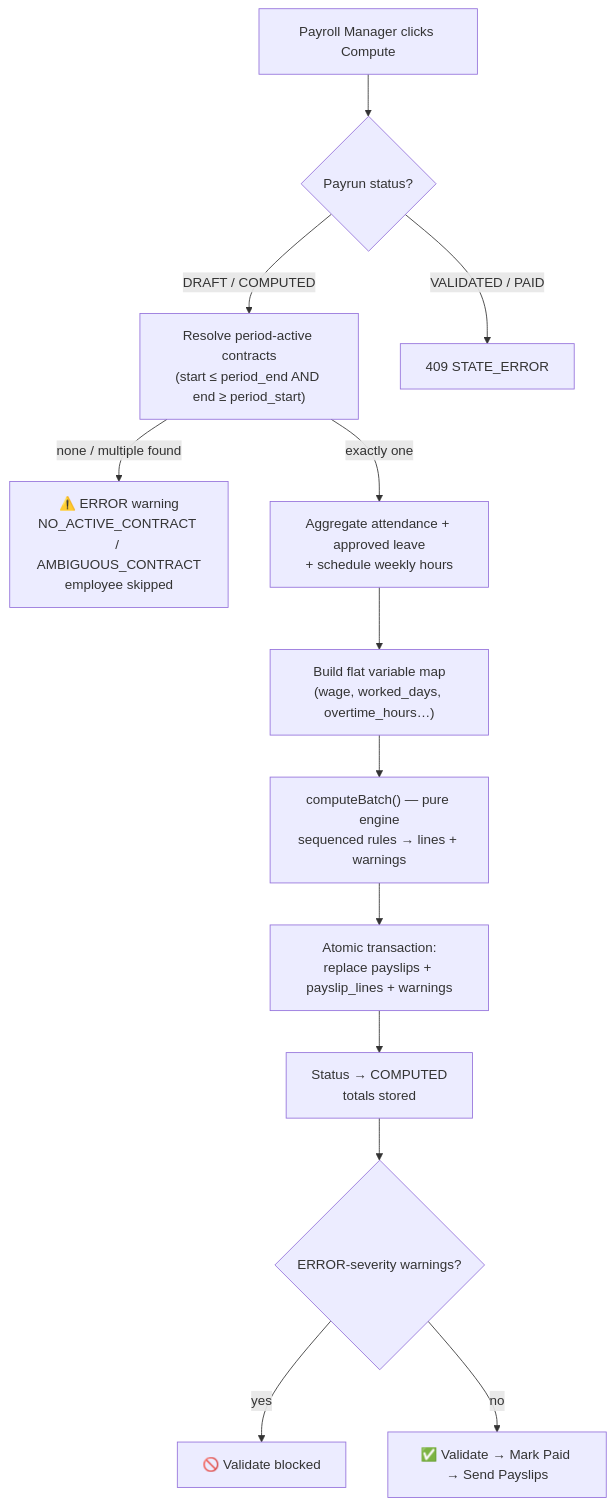
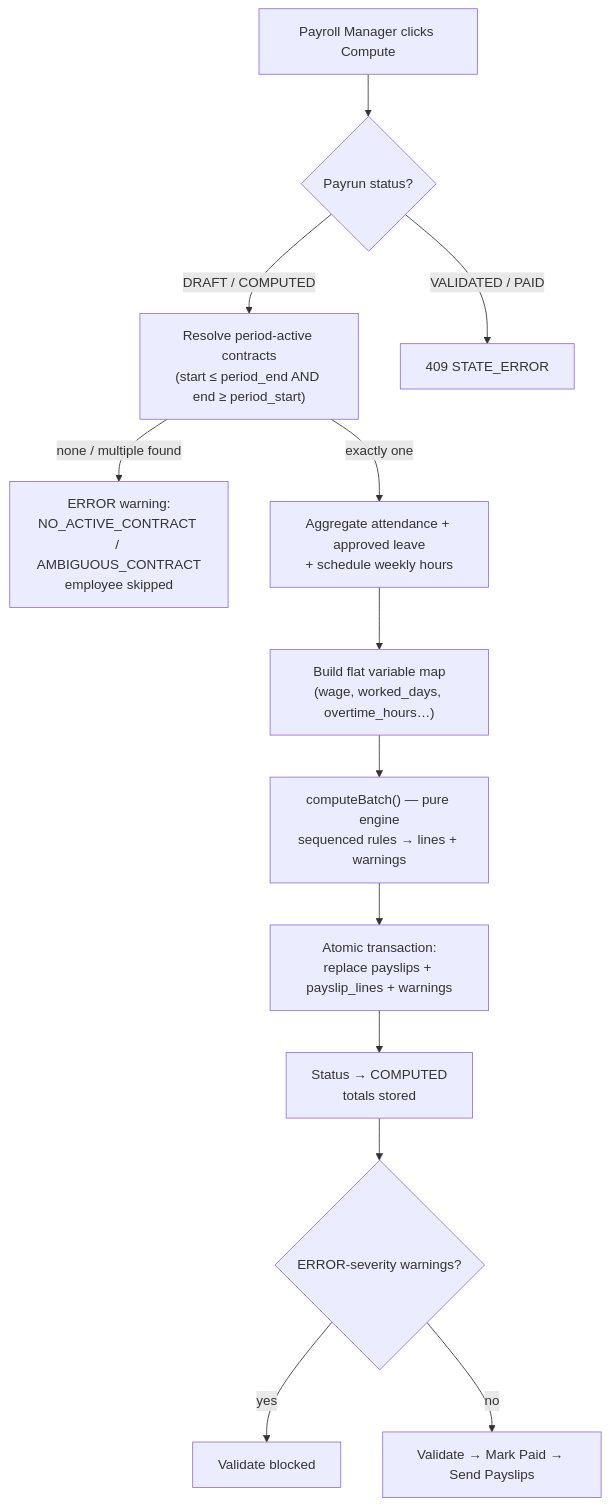
One commit to akshhthakkar/odoo-final changed the second of 5 diagrams in README.md. Above: the diagram before and after it, drawn with Mermaid. The commit also changed other lines of this file and 1 other file, not shown here.

````diff
--- a/README.md
+++ b/README.md
@@ -140,15 +141,15 @@
 ```mermaid
 flowchart TD
     A["Payroll Manager clicks Compute"] --> B{"Payrun status?"}
     B -->|"DRAFT / COMPUTED"| C["Resolve period-active contracts<br/>(start ≤ period_end AND end ≥ period_start)"]
     B -->|"VALIDATED / PAID"| X["409 STATE_ERROR"]
-    C -->|"none / multiple found"| W1["⚠️ ERROR warning<br/>NO_ACTIVE_CONTRACT / AMBIGUOUS_CONTRACT<br/>employee skipped"]
+    C -->|"none / multiple found"| W1["ERROR warning:<br/>NO_ACTIVE_CONTRACT / AMBIGUOUS_CONTRACT<br/>employee skipped"]
     C -->|"exactly one"| D["Aggregate attendance + approved leave<br/>+ schedule weekly hours"]
     D --> E["Build flat variable map<br/>(wage, worked_days, overtime_hours…)"]
     E --> F["computeBatch() — pure engine<br/>sequenced rules → lines + warnings"]
     F --> G["Atomic transaction:<br/>replace payslips + payslip_lines + warnings"]
     G --> H["Status → COMPUTED<br/>totals stored"]
     H --> I{"ERROR-severity warnings?"}
-    I -->|"yes"| J["🚫 Validate blocked"]
-    I -->|"no"| K["✅ Validate → Mark Paid → Send Payslips"]
+    I -->|"yes"| J["Validate blocked"]
+    I -->|"no"| K["Validate → Mark Paid → Send Payslips"]
 ```
````
